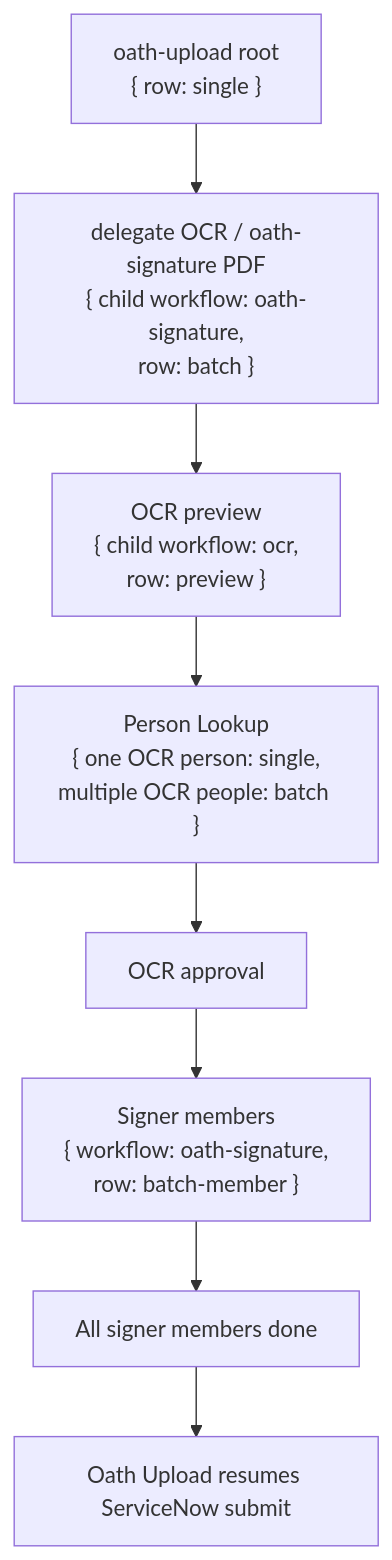
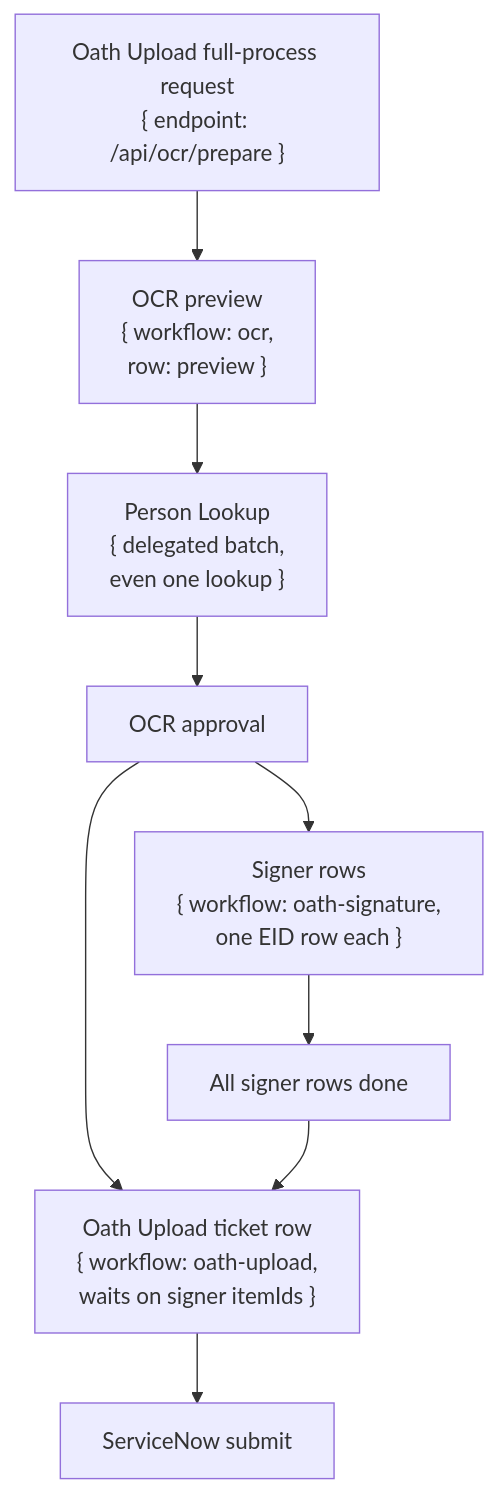
Before and after one commit to julianthant/hr-automation: the diagram in docs/workflow/oath-upload.md, drawn with Mermaid. The commit also changed other lines of this file and 10 other files, not shown here.

````diff
--- a/docs/workflow/oath-upload.md
+++ b/docs/workflow/oath-upload.md
@@ -13,11 +13,12 @@
 ```mermaid
 flowchart TD
-  A["oath-upload root<br/>{ row: single }"]
-  A --> B["delegate OCR / oath-signature PDF<br/>{ child workflow: oath-signature,<br/>row: batch }"]
-  B --> C["OCR preview<br/>{ child workflow: ocr,<br/>row: preview }"]
-  C --> D["Person Lookup<br/>{ one OCR person: single,<br/>multiple OCR people: batch }"]
-  D --> E["OCR approval"]
-  E --> F["Signer members<br/>{ workflow: oath-signature,<br/>row: batch-member }"]
-  F --> G["All signer members done"]
-  G --> H["Oath Upload resumes ServiceNow submit"]
+  A["Oath Upload full-process request<br/>{ endpoint: /api/ocr/prepare }"]
+  A --> B["OCR preview<br/>{ workflow: ocr,<br/>row: preview }"]
+  B --> C["Person Lookup<br/>{ delegated batch,<br/>even one lookup }"]
+  C --> D["OCR approval"]
+  D --> E["Signer rows<br/>{ workflow: oath-signature,<br/>one EID row each }"]
+  D --> F["Oath Upload ticket row<br/>{ workflow: oath-upload,<br/>waits on signer itemIds }"]
+  E --> G["All signer rows done"]
+  G --> F
+  F --> H["ServiceNow submit"]
 ```
````
